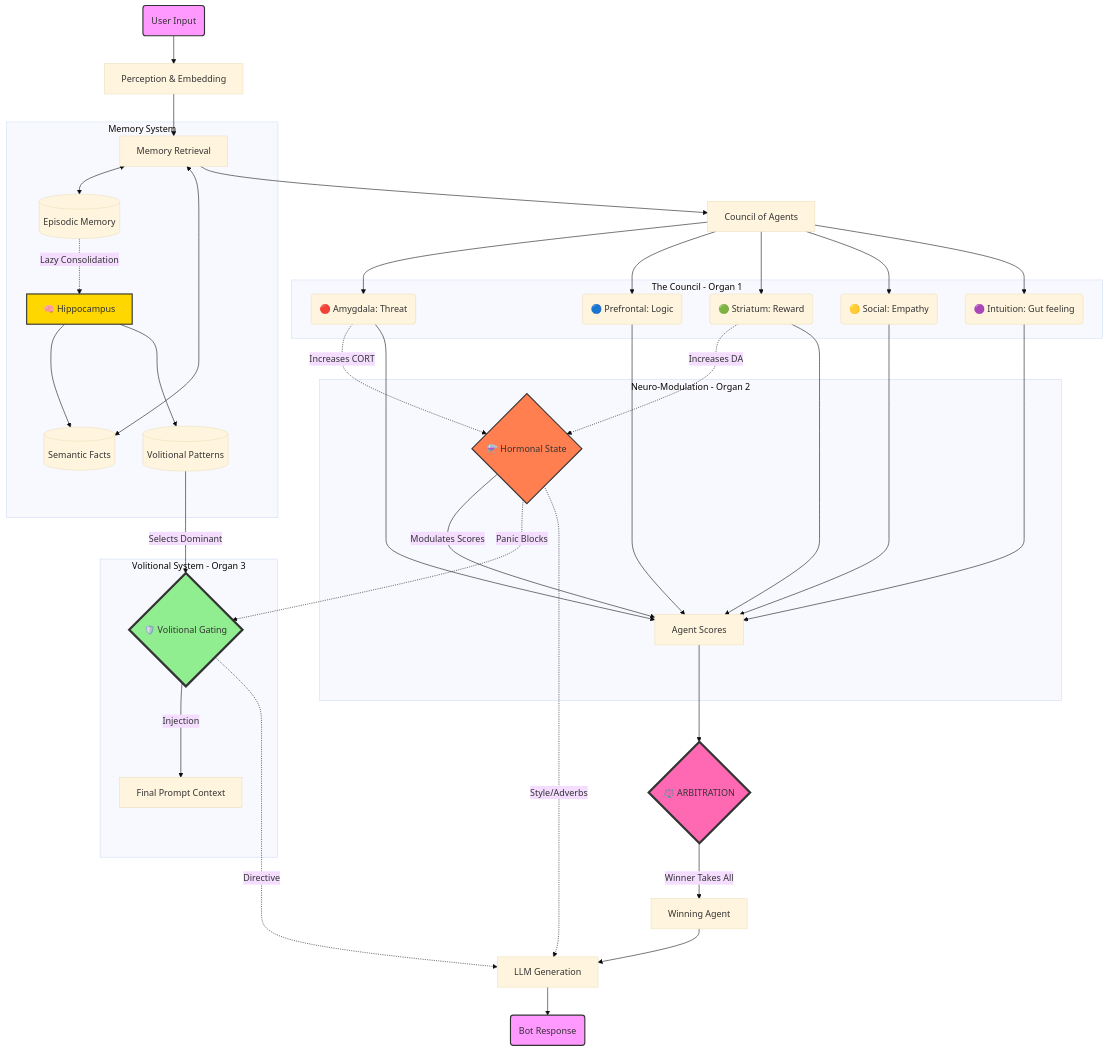
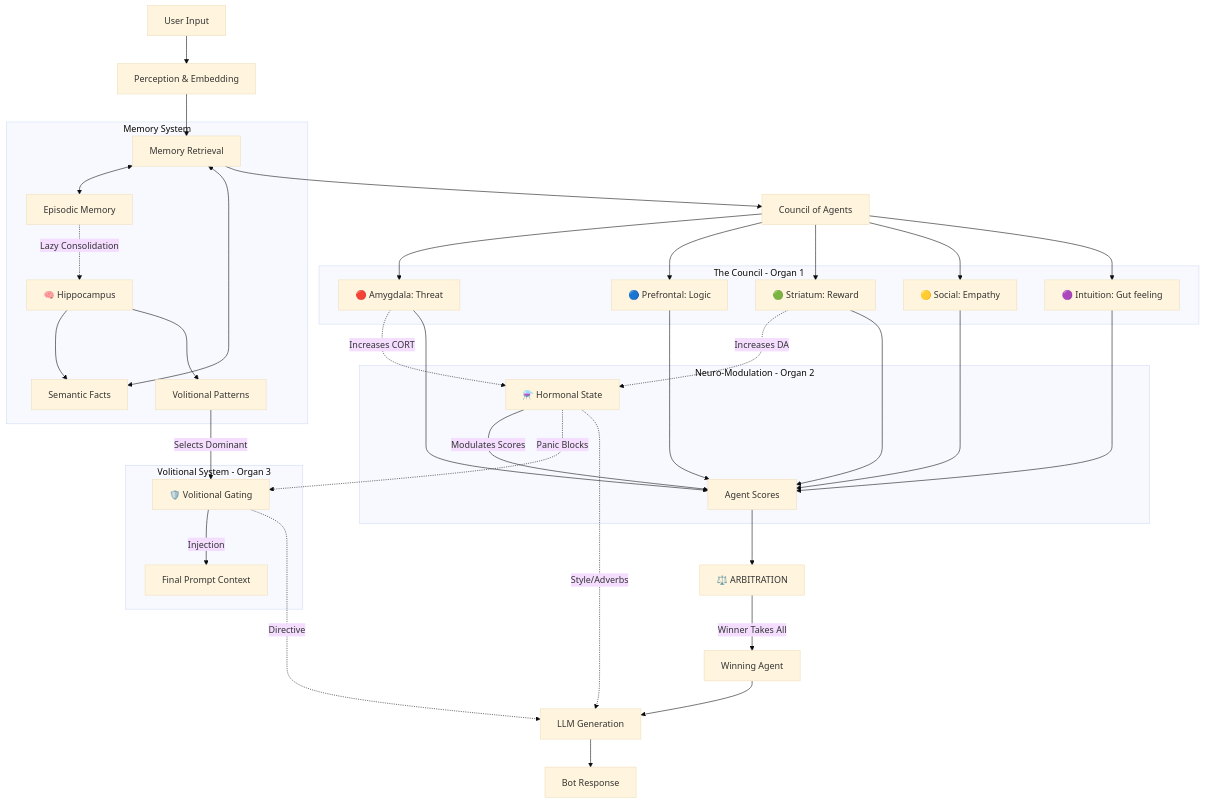
Before and after one commit to yserjjj-2022/r-bot: the diagram in README.md, drawn with Mermaid (base theme).

Commit message:
fix: robust mermaid syntax (remove brackets and br tags, use quotes everywhere)

````diff
--- a/README.md
+++ b/README.md
@@ -36,64 +36,55 @@
 ```mermaid
 graph TD
-    %% Styling
-    classDef input fill:#f9f,stroke:#333,stroke-width:2px;
-    classDef memory fill:#ffd700,stroke:#333,stroke-width:2px;
-    classDef agents fill:#add8e6,stroke:#333,stroke-width:2px;
-    classDef hormones fill:#ff7f50,stroke:#333,stroke-width:2px;
-    classDef volition fill:#90ee90,stroke:#333,stroke-width:4px;
-    classDef arbitration fill:#ff69b4,stroke:#333,stroke-width:4px;
-    classDef output fill:#f9f,stroke:#333,stroke-width:2px;
-
     %% 1. INPUT
-    User("User Input"):::input --> Perception["Perception & Embedding"]
+    User["User Input"] --> Perception["Perception & Embedding"]
     Perception --> Retrieval["Memory Retrieval"]
 
     %% 2. MEMORY
     subgraph MEMORY_SYSTEM ["Memory System"]
-        Retrieval <--> Episodic[("Episodic Memory")]
-        Retrieval <--> Semantic[("Semantic Facts")]
-        Episodic -.->|Lazy Consolidation| Hippocampus["🧠 Hippocampus"]:::memory
+        Retrieval <--> Episodic["Episodic Memory"]
+        Retrieval <--> Semantic["Semantic Facts"]
+        Episodic -.->|Lazy Consolidation| Hippocampus["🧠 Hippocampus"]
         Hippocampus --> Semantic
-        Hippocampus --> VolitionalPatterns[("Volitional Patterns")]
+        Hippocampus --> VolitionalPatterns["Volitional Patterns"]
     end
 
     %% 3. THE COUNCIL
     Retrieval --> Council["Council of Agents"]
     subgraph AGENTS ["The Council - Organ 1"]
-        Amygdala("🔴 Amygdala: Threat")
-        Prefrontal("🔵 Prefrontal: Logic")
-        Striatum("🟢 Striatum: Reward")
-        Social("🟡 Social: Empathy")
-        Intuition("🟣 Intuition: Gut feeling")
+        Amygdala["🔴 Amygdala: Threat"]
+        Prefrontal["🔵 Prefrontal: Logic"]
+        Striatum["🟢 Striatum: Reward"]
+        Social["🟡 Social: Empathy"]
+        Intuition["🟣 Intuition: Gut feeling"]
     end
     
     Council --> Amygdala & Prefrontal & Striatum & Social & Intuition
 
     %% 4. HORMONES
     subgraph HORMONES ["Neuro-Modulation - Organ 2"]
-        Chemistry{"⚗️ Hormonal State"}:::hormones
+        Chemistry["⚗️ Hormonal State"]
         Chemistry -->|Modulates Scores| AgentScores["Agent Scores"]
         Amygdala -.->|Increases CORT| Chemistry
         Striatum -.->|Increases DA| Chemistry
     end
 
     Amygdala & Prefrontal & Striatum & Social & Intuition --> AgentScores
 
     %% 5. VOLITION
     subgraph VOLITION ["Volitional System - Organ 3"]
-        VolitionalPatterns -->|Selects Dominant| VolitionalGating{"🛡️ Volitional Gating"}:::volition
+        VolitionalPatterns -->|Selects Dominant| VolitionalGating["🛡️ Volitional Gating"]
         VolitionalGating -->|Injection| PromptContext["Final Prompt Context"]
         Chemistry -.->|Panic Blocks| VolitionalGating
     end
 
     %% 6. ARBITRATION
-    AgentScores --> Arbitration{"⚖️ ARBITRATION"}:::arbitration
+    AgentScores --> Arbitration["⚖️ ARBITRATION"]
     Arbitration -->|Winner Takes All| Winner["Winning Agent"]
     
     %% RESPONSE
     Winner --> LLM_Generation["LLM Generation"]
     VolitionalGating -.->|Directive| LLM_Generation
     Chemistry -.->|Style/Adverbs| LLM_Generation
     
-    LLM_Generation --> Response("Bot Response"):::output
+    LLM_Generation --> Response["Bot Response"]
 ```
````
